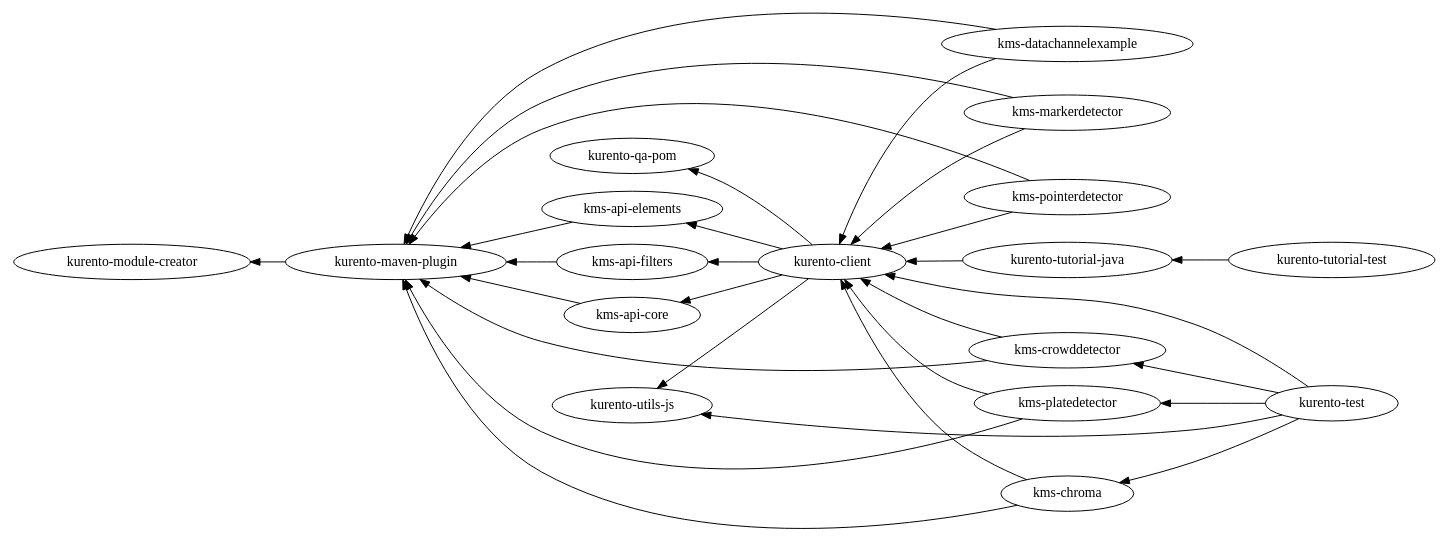
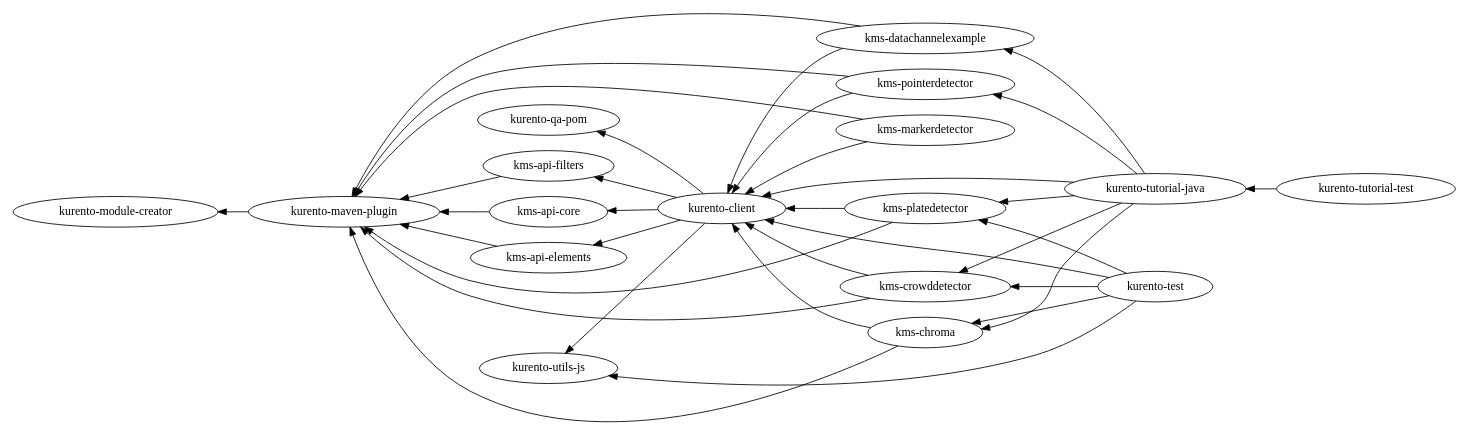
Before and after one commit to Kurento/doc-kurento-readthedocs: the diagram in source/images/graphs/dependencies-java.dot, drawn with Graphviz. The commit also changed 6 other files, not shown here.

```diff
--- a/source/images/graphs/dependencies-java.dot
+++ b/source/images/graphs/dependencies-java.dot
@@ -1,32 +1,32 @@
 digraph dependencies_all {
   bgcolor = "transparent";
   fontname = "Bitstream Vera Sans";
   fontsize = 8;
   size = "12,8";
 
   rankdir = "RL";
 
   "kurento-module-creator";
   "kurento-maven-plugin" -> "kurento-module-creator";
 
   "kms-api-core" -> {"kurento-maven-plugin"};
   "kms-api-elements" -> {"kurento-maven-plugin"};
   "kms-api-filters" -> {"kurento-maven-plugin"};
 
   "kurento-qa-pom";
   "kurento-utils-js";
 
   "kurento-client" -> {"kurento-qa-pom" "kurento-utils-js" "kms-api-core" "kms-api-elements" "kms-api-filters"};
 
-  "kurento-tutorial-java" -> "kurento-client";
-  "kurento-tutorial-test" -> "kurento-tutorial-java";
-
   "kms-chroma" -> {"kurento-maven-plugin" "kurento-client"};
   "kms-crowddetector" -> {"kurento-maven-plugin" "kurento-client"};
   "kms-datachannelexample" -> {"kurento-maven-plugin" "kurento-client"};
   "kms-markerdetector" -> {"kurento-maven-plugin" "kurento-client"};
   "kms-platedetector" -> {"kurento-maven-plugin" "kurento-client"};
   "kms-pointerdetector" -> {"kurento-maven-plugin" "kurento-client"};
 
+  "kurento-tutorial-java" -> {"kurento-client" "kms-chroma" "kms-crowddetector" "kms-datachannelexample" "kms-platedetector" "kms-pointerdetector"};
+  "kurento-tutorial-test" -> "kurento-tutorial-java";
+
   "kurento-test" -> {"kurento-client" "kurento-client" "kurento-utils-js" "kms-chroma" "kms-crowddetector" "kms-platedetector"};
 }
```
